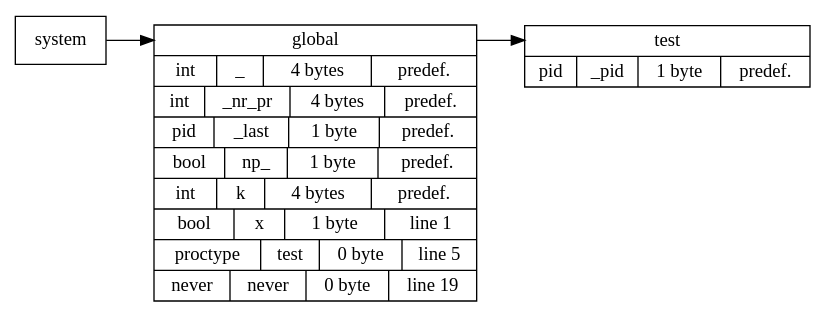
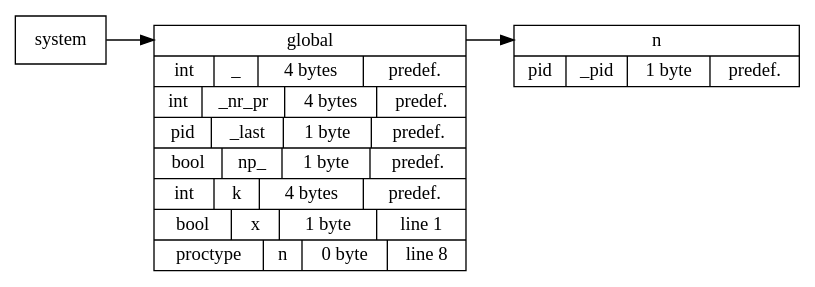
Before and after one commit to samilazregsuidi/Daedalux: the diagram in sym_table_graphviz.dot, drawn with Graphviz. The commit also changed 6 other files, not shown here.

```diff
--- a/sym_table_graphviz.dot
+++ b/sym_table_graphviz.dot
@@ -1,16 +1,16 @@
 digraph symbol_table {
 	 rankdir = LR
 	system[ shape = record, label = "<f0> system"]
 
-	global[ shape = record, label = "<f0> global | { <93824994196688> int|_| 4 bytes | predef. } | { <93824994196960> int|_nr_pr| 4 bytes | predef. } | { <93824994197120> pid|_last| 1 byte | predef. } | { <93824994197280> bool|np_| 1 byte | predef. } | { <93824994197440> int|k| 4 bytes | predef. } | { <93824994197712> bool|x| 1 byte | line 1 } | { <93824994255216> proctype|test| 0 byte | line 5 } | { <93824994258656> never|never| 0 byte | line 19 }"]
+	global[ shape = record, label = "<f0> global | { <93824994196688> int|_| 4 bytes | predef. } | { <93824994196960> int|_nr_pr| 4 bytes | predef. } | { <93824994197120> pid|_last| 1 byte | predef. } | { <93824994197280> bool|np_| 1 byte | predef. } | { <93824994197440> int|k| 4 bytes | predef. } | { <93824994197712> bool|x| 1 byte | line 1 } | { <93824994258000> proctype|n| 0 byte | line 8 }"]
 
-	test[ shape = record, label = "<f0> test | { <93824994198336> pid|_pid| 1 byte | predef. }"]
+	n[ shape = record, label = "<f0> n | { <93824994198336> pid|_pid| 1 byte | predef. }"]
 
 
-	global:f0 -> test:f0
+	global:f0 -> n:f0
 
 
 	system:f0 -> global:f0
 
 
 }
```
